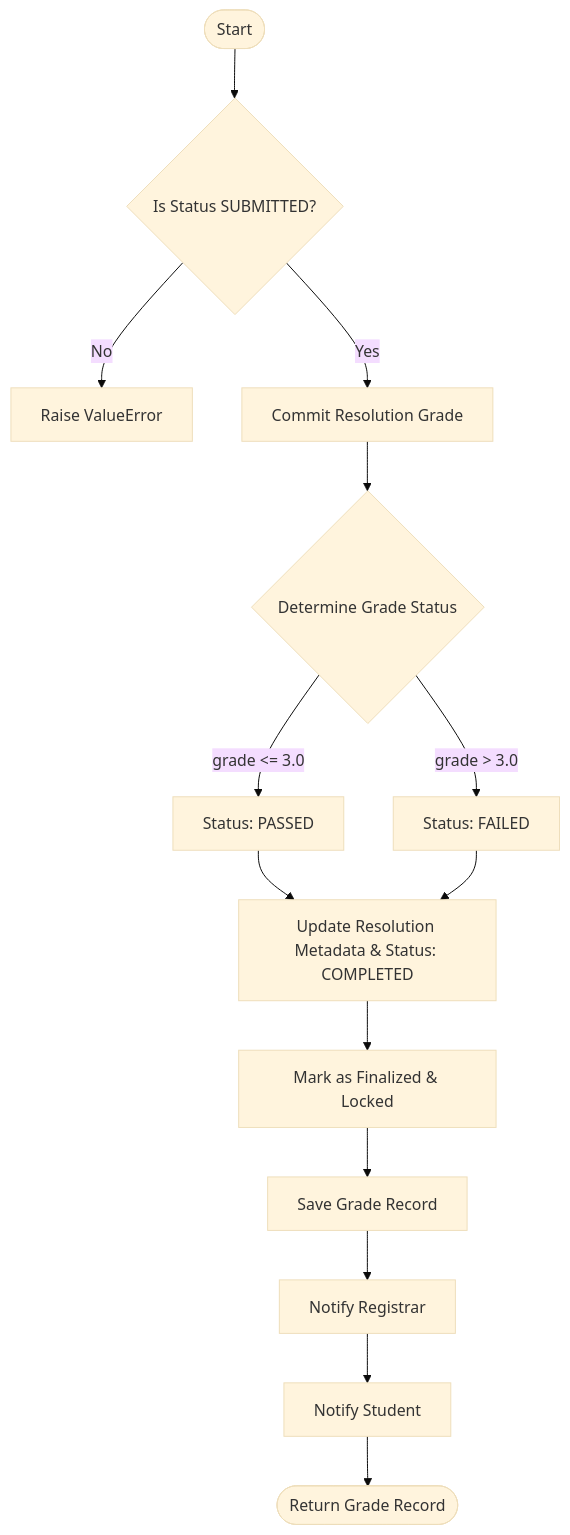
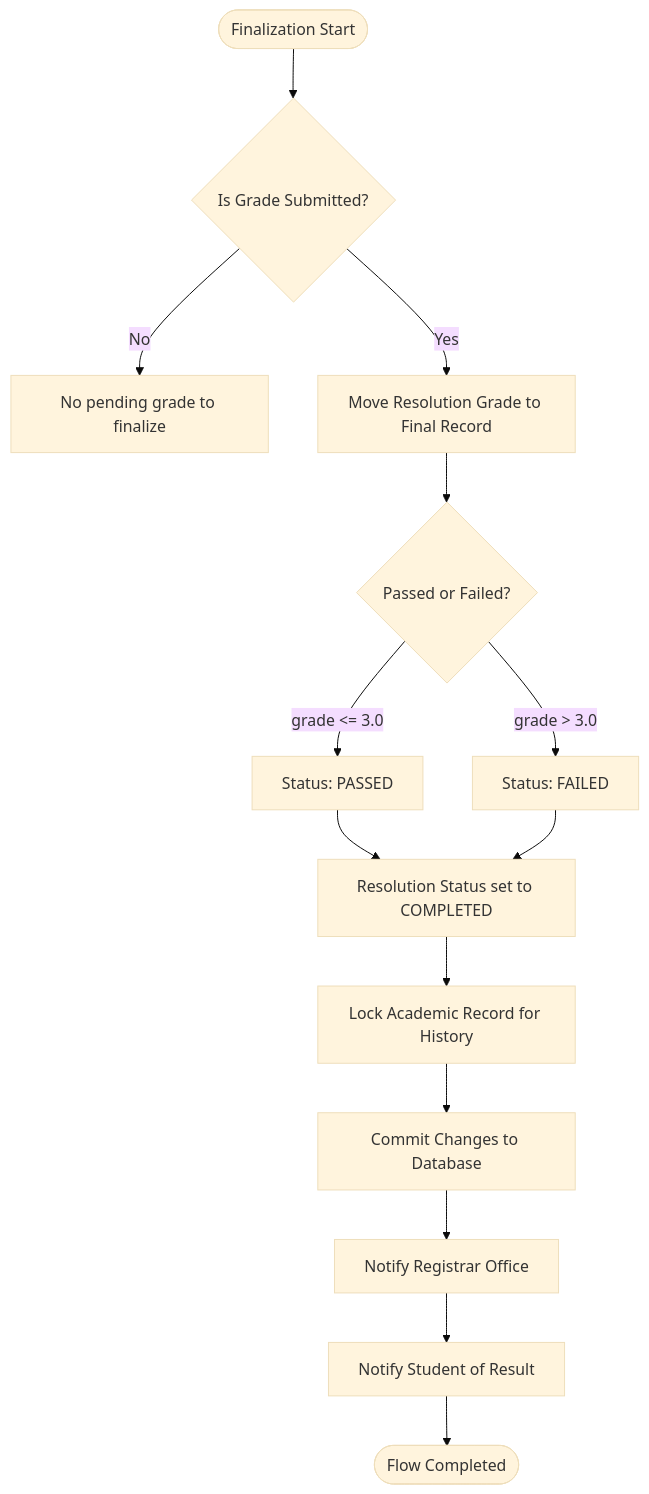
The diagram in docs/flowcharts/head-approve-resolution.md (property360-2/richwell-potal), drawn with Mermaid (base theme) before and after one commit. The commit also changed other lines of this file and 18 other files, not shown here.

Commit message:
added more flowcharts

````diff
--- a/docs/flowcharts/head-approve-resolution.md
+++ b/docs/flowcharts/head-approve-resolution.md
@@ -3,20 +5,20 @@
 ```mermaid
 graph TD
-    Start([Start]) --> StatusCheck{Is Status SUBMITTED?}
-    StatusCheck -- "No" --> RaiseStatusError[Raise ValueError]
-    StatusCheck -- "Yes" --> CommitGrade[Commit Resolution Grade]
+    Start([Finalization Start]) --> CheckSubmission{Is Grade Submitted?}
+    CheckSubmission -- "No" --> StatusError[No pending grade to finalize]
+    CheckSubmission -- "Yes" --> CopyGrade[Move Resolution Grade to Final Record]
     
-    CommitGrade --> StatusLogic{Determine Grade Status}
-    StatusLogic -- "grade <= 3.0" --> Passed[Status: PASSED]
-    StatusLogic -- "grade > 3.0" --> Failed[Status: FAILED]
+    CopyGrade --> FinalStatus{Passed or Failed?}
+    FinalStatus -- "grade <= 3.0" --> Passed[Status: PASSED]
+    FinalStatus -- "grade > 3.0" --> Failed[Status: FAILED]
     
-    Passed --> SetMetadata[Update Resolution Metadata & Status: COMPLETED]
-    Failed --> SetMetadata
+    Passed --> UpdateStatus[Resolution Status set to COMPLETED]
+    Failed --> UpdateStatus
     
-    SetMetadata --> Finalize[Mark as Finalized & Locked]
-    Finalize --> Save[Save Grade Record]
+    UpdateStatus --> ApplyLock[Lock Academic Record for History]
+    ApplyLock --> Save[Commit Changes to Database]
     
-    Save --> NotifyRegistrar[Notify Registrar]
-    NotifyRegistrar --> NotifyStudent[Notify Student]
-    NotifyStudent --> End([Return Grade Record])
+    Save --> NotifyRegistrar[Notify Registrar Office]
+    NotifyRegistrar --> NotifyStudent[Notify Student of Result]
+    NotifyStudent --> End([Flow Completed])
 ```
````
